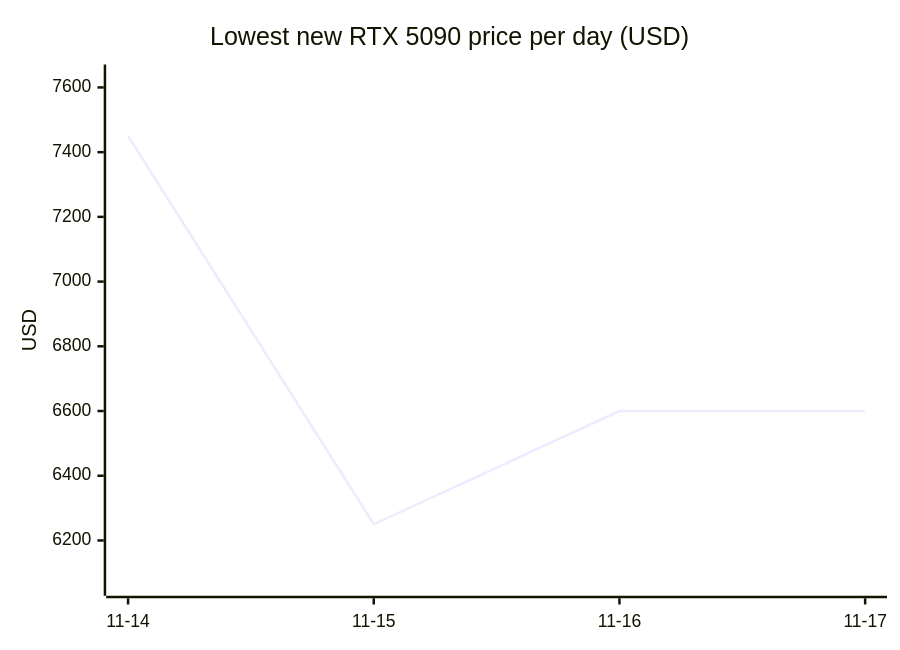
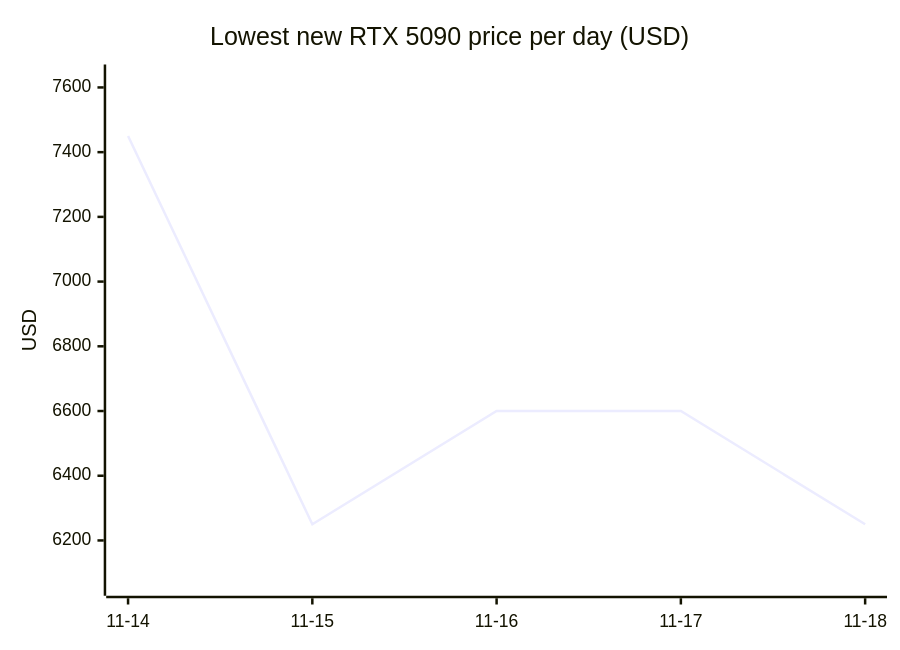
The sixth of 18 diagrams in README.md (7324136828/4tb_ssd_price_watch), drawn with Mermaid before and after one commit. The commit also changed other lines of this file, not shown here.

````diff
--- a/README.md
+++ b/README.md
@@ -421,7 +461,7 @@
 ```mermaid
 xychart-beta
     title "Lowest new RTX 5090 price per day (USD)"
-    x-axis ["11-14", "11-15", "11-16", "11-17"]
+    x-axis ["11-14", "11-15", "11-16", "11-17", "11-18"]
     y-axis "USD" 6060 --> 7640
-    line [7450.00, 6249.99, 6599.99, 6599.99]
+    line [7450.00, 6249.99, 6599.99, 6599.99, 6249.99]
 ```
````
